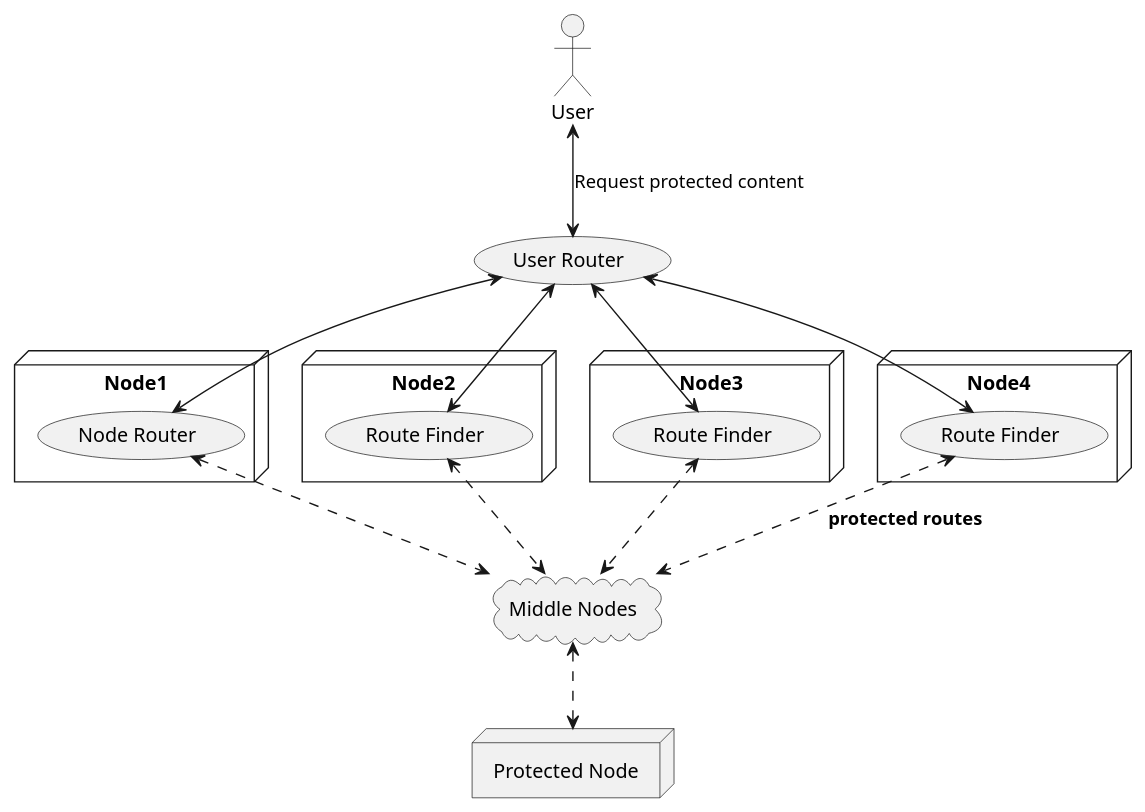
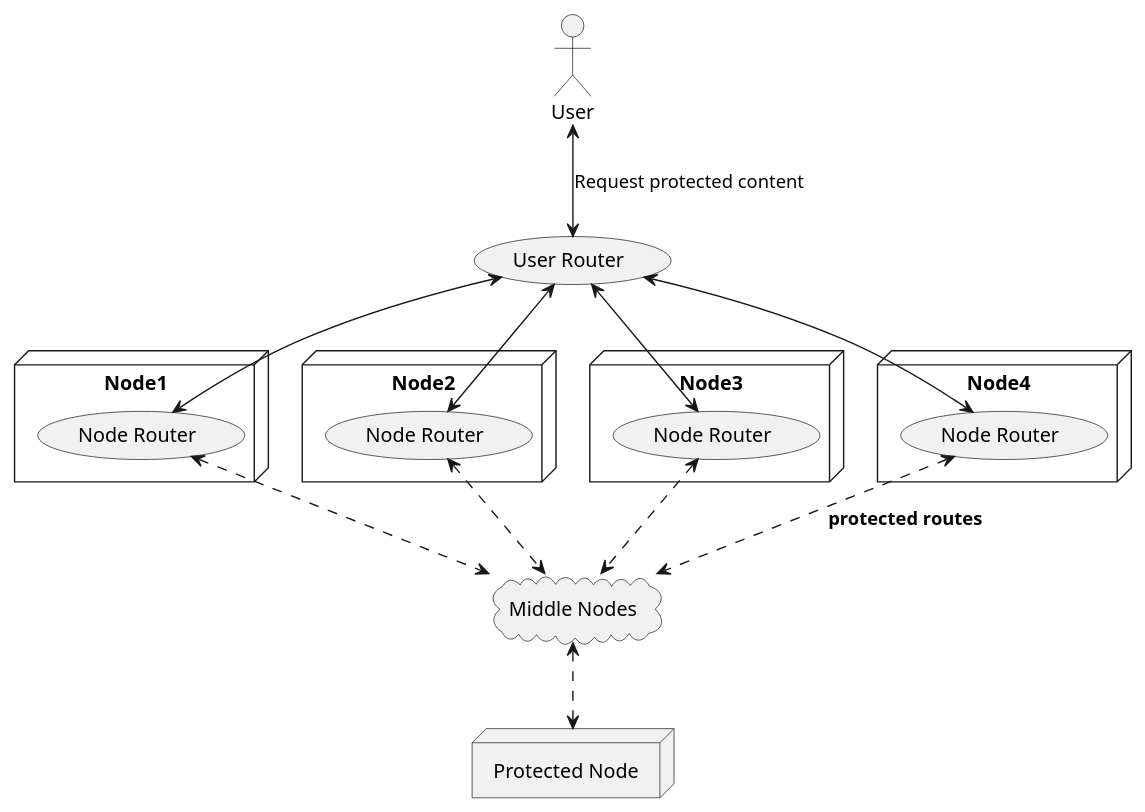
Before and after one commit to wetube/bitcloud: the seventh of 8 diagrams in bitcloud.org, drawn with PlantUML. The commit also changed other lines of this file and 2 other files, not shown here.

```diff
--- a/bitcloud.org
+++ b/bitcloud.org
@@ -573,29 +645,29 @@
 #+BEGIN_SRC plantuml :file "img/protected-route.png"
 cloud "Middle Nodes" as MN {
 }
 
 node "Protected Node" as pnode
 node Node1 {
 (Node Router) as RF1
 }
 node Node2 {
-(Route Finder) as RF2
+(Node Router) as RF2
 }
 node Node3 {
-(Route Finder) as RF3
+(Node Router) as RF3
 }
 node Node4 {
-(Route Finder) as RF4
+(Node Router) as RF4
 }
 RF1 <.down.> MN
 RF2 <.down.> MN
 RF3 <.down.> MN
 RF4 <.down.> MN  : "<b>protected routes</b>"
 (User Router) as RS
 RS     <-down-> RF1
 RS     <-down-> RF2
 RS     <-down-> RF3
 RS     <-down-> RF4
 :User:     <-down-> RS : Request protected content
 MN <.down.> pnode
 #+END_SRC
```
